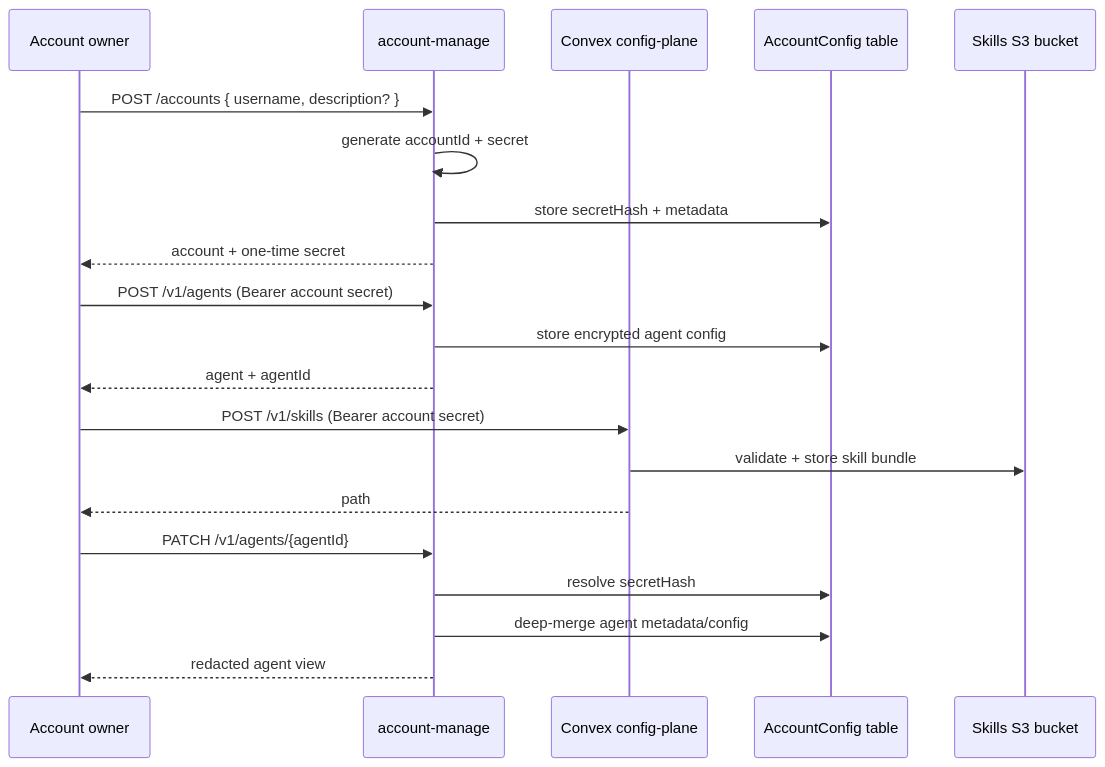
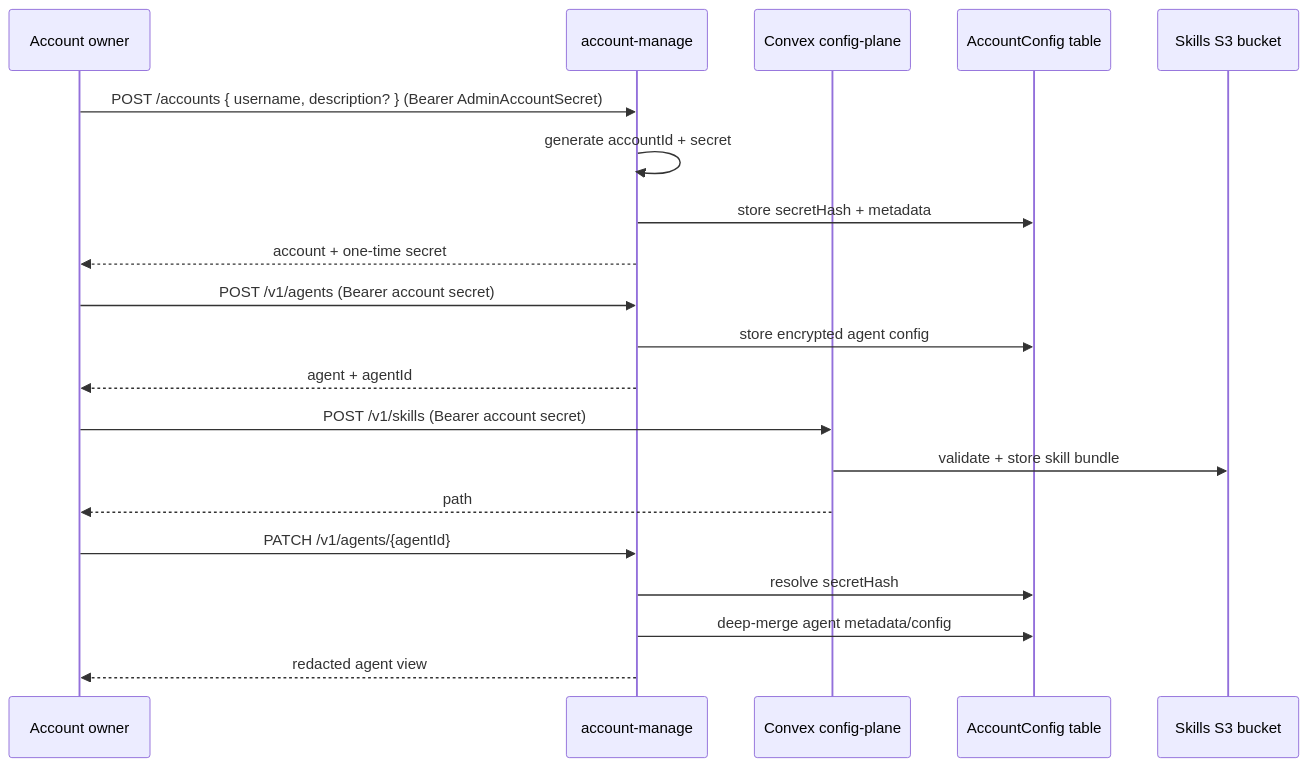
The fifth of 12 diagrams in apps/docs/docs/architecture.md (beeblastco/broods), drawn with Mermaid before and after one commit. The commit also changed other lines of this file and 7 other files, not shown here.

First line of the commit message:
fix(core): admin-gate POST /accounts (#114)

````diff
--- a/apps/docs/docs/architecture.md
+++ b/apps/docs/docs/architecture.md
@@ -127,26 +127,26 @@
 ```mermaid
 sequenceDiagram
   participant U as Account owner
   participant M as account-manage
   participant C as Convex config-plane
   participant A as AccountConfig table
   participant S as Skills S3 bucket
 
-  U->>M: POST /accounts { username, description? }
+  U->>M: POST /accounts { username, description? } (Bearer AdminAccountSecret)
   M->>M: generate accountId + secret
   M->>A: store secretHash + metadata
   M-->>U: account + one-time secret
 
   U->>M: POST /v1/agents (Bearer account secret)
   M->>A: store encrypted agent config
   M-->>U: agent + agentId
 
   U->>C: POST /v1/skills (Bearer account secret)
   C->>S: validate + store skill bundle
   C-->>U: path
 
   U->>M: PATCH /v1/agents/{agentId}
   M->>A: resolve secretHash
   M->>A: deep-merge agent metadata/config
   M-->>U: redacted agent view
 ```
````
